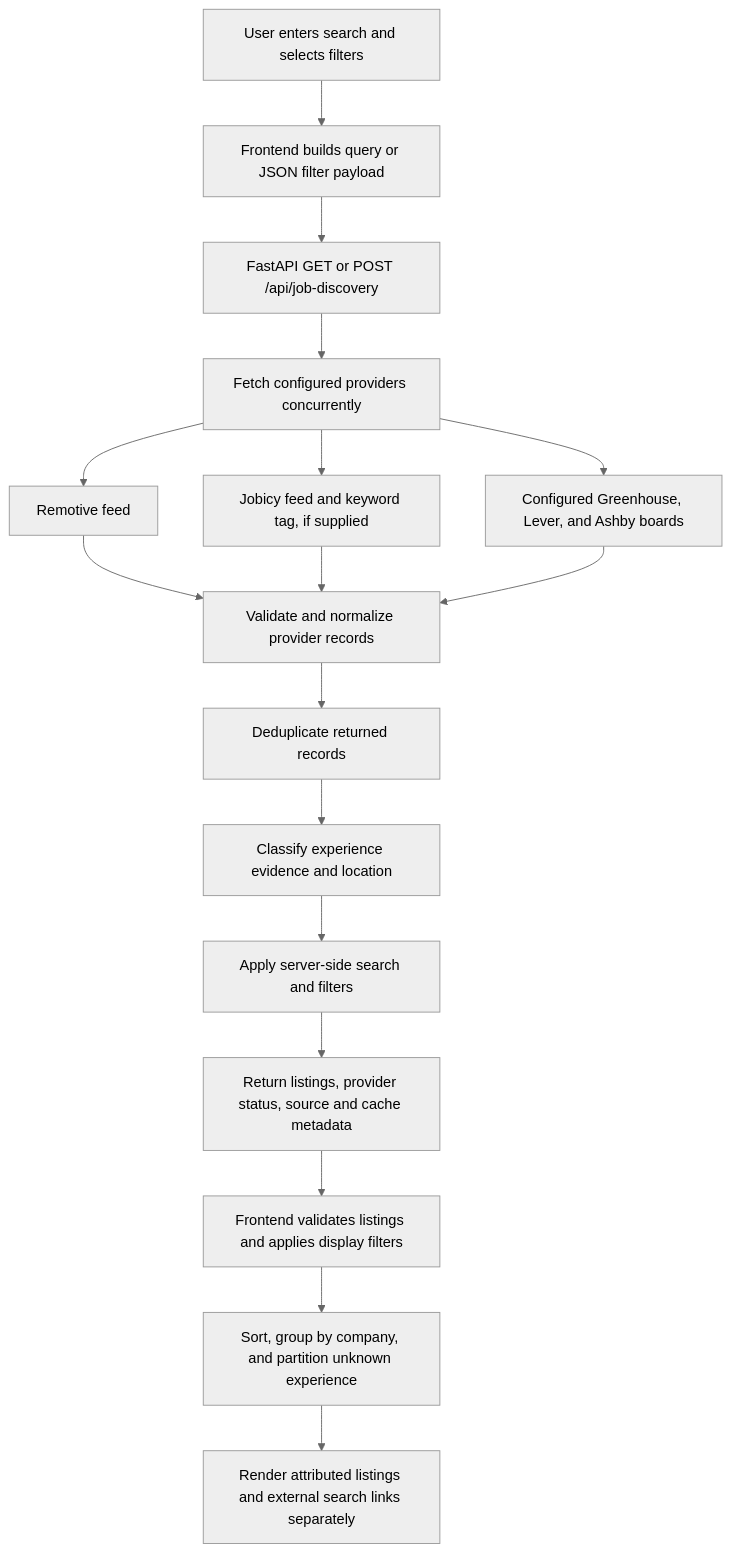
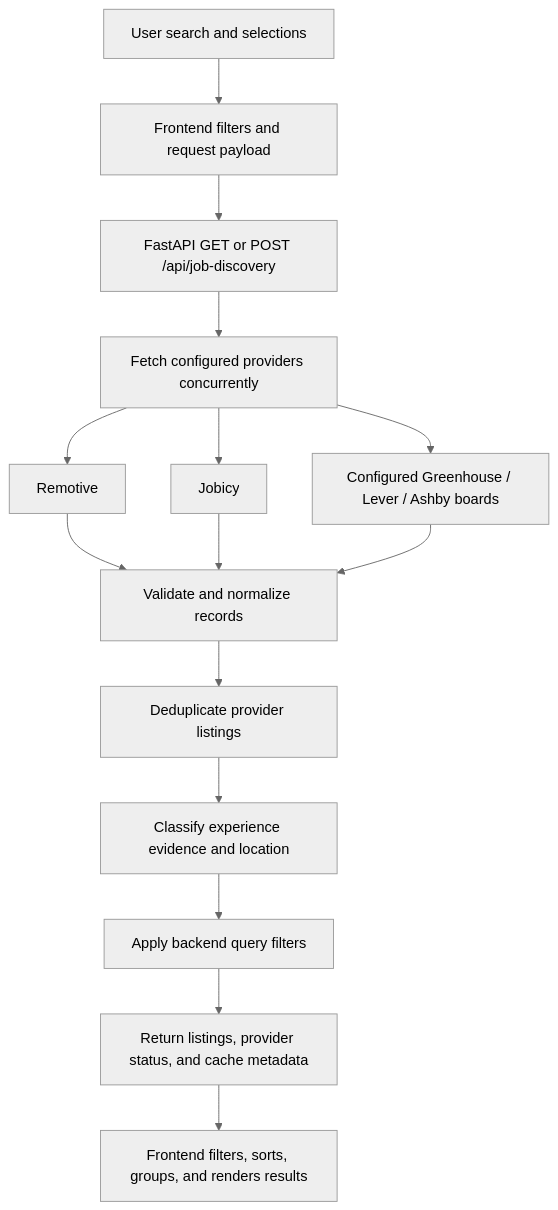
The third of 4 diagrams in README.md (bhanurgowda12/CareerScout-AI), drawn with Mermaid (neutral theme) before and after one commit. The commit also changed other lines of this file, not shown here.

````diff
--- a/README.md
+++ b/README.md
@@ -223,19 +374,17 @@
 ```mermaid
 flowchart TD
-    A["User enters search and selects filters"] --> B["Frontend builds query or JSON filter payload"]
+    A["User search and selections"] --> B["Frontend filters and request payload"]
     B --> C["FastAPI GET or POST /api/job-discovery"]
     C --> D["Fetch configured providers concurrently"]
-    D --> E["Remotive feed"]
-    D --> F["Jobicy feed and keyword tag, if supplied"]
-    D --> G["Configured Greenhouse, Lever, and Ashby boards"]
-    E --> H["Validate and normalize provider records"]
+    D --> E["Remotive"]
+    D --> F["Jobicy"]
+    D --> G["Configured Greenhouse / Lever / Ashby boards"]
+    E --> H["Validate and normalize records"]
     F --> H
     G --> H
-    H --> I["Deduplicate returned records"]
+    H --> I["Deduplicate provider listings"]
     I --> J["Classify experience evidence and location"]
-    J --> K["Apply server-side search and filters"]
-    K --> L["Return listings, provider status, source and cache metadata"]
-    L --> M["Frontend validates listings and applies display filters"]
-    M --> N["Sort, group by company, and partition unknown experience"]
-    N --> O["Render attributed listings and external search links separately"]
+    J --> K["Apply backend query filters"]
+    K --> L["Return listings, provider status, and cache metadata"]
+    L --> M["Frontend filters, sorts, groups, and renders results"]
 ```
````
